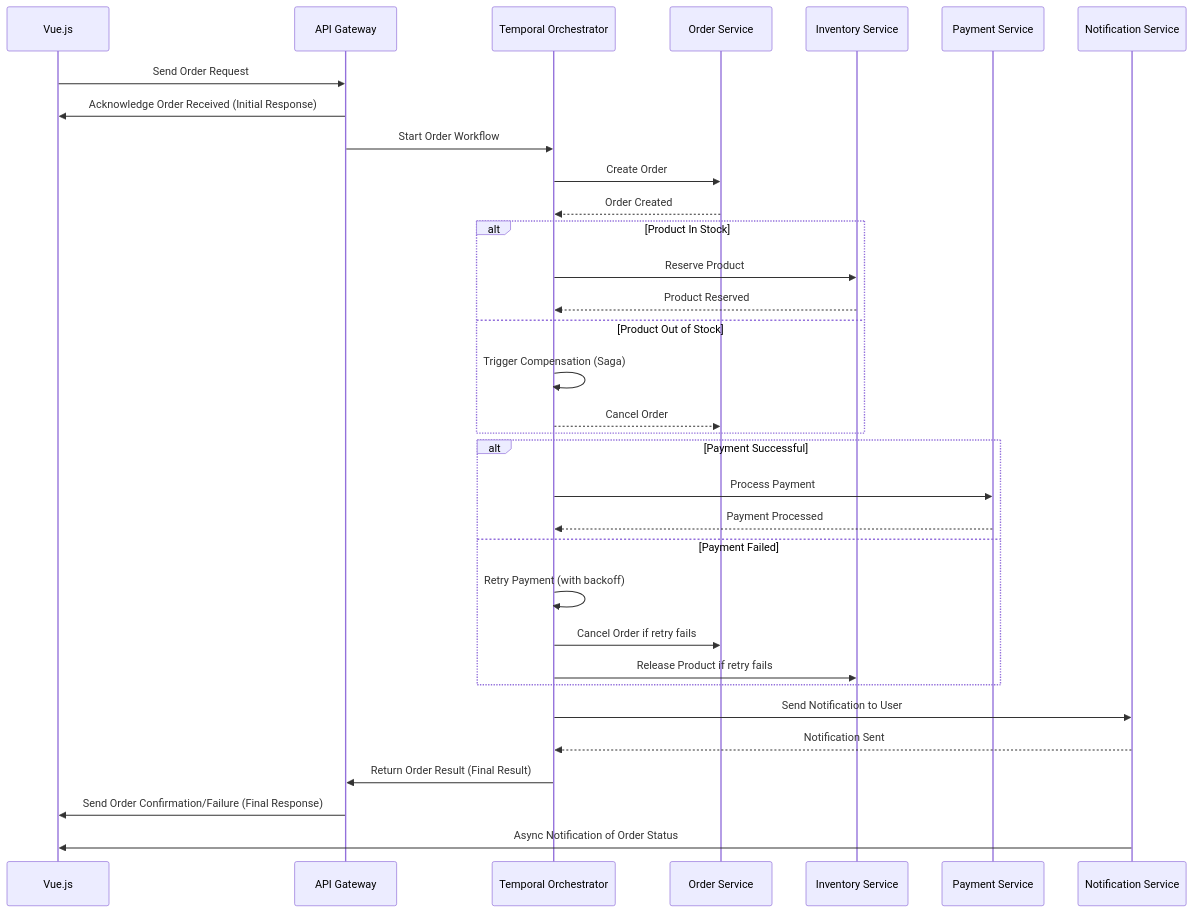
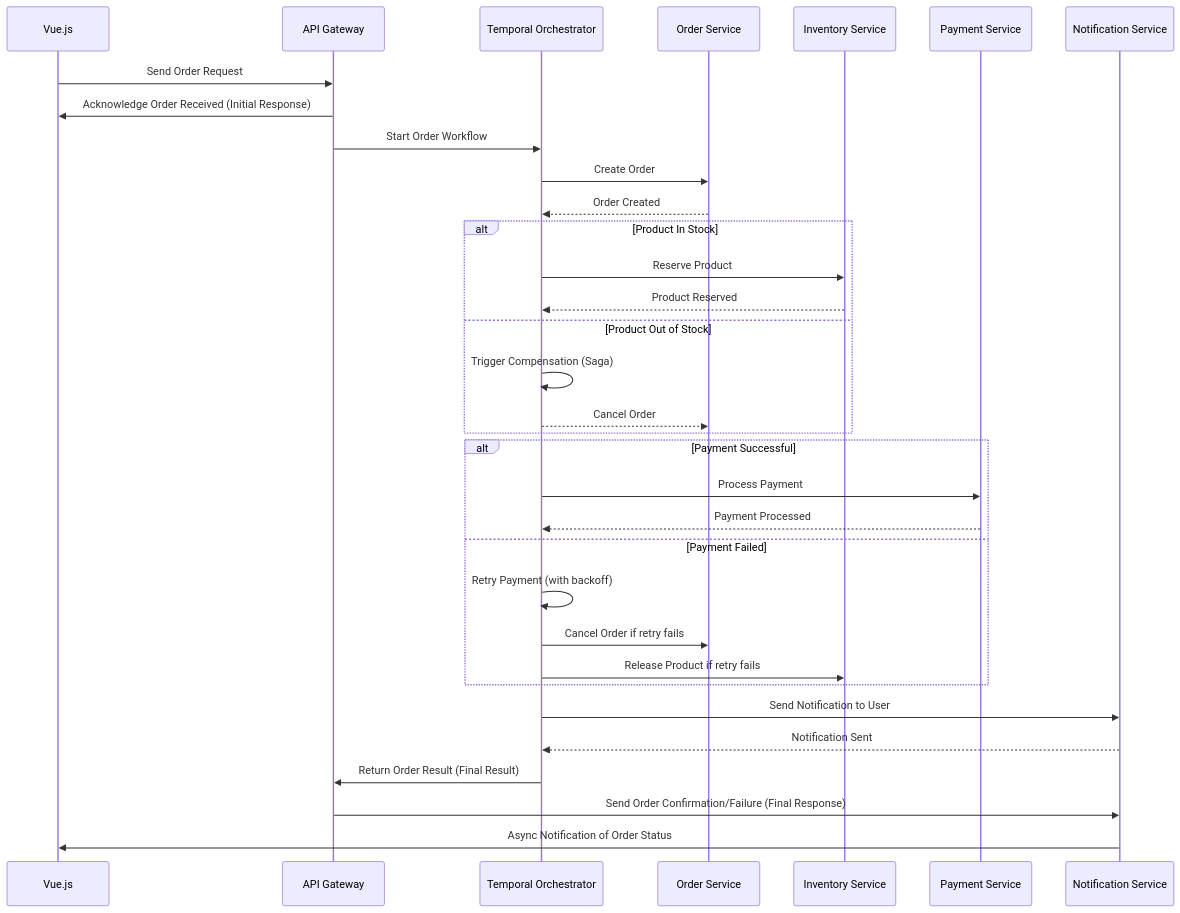
Before and after one commit to 99x-incubator/temporal-microservices: the second of 2 diagrams in architecture.md, drawn with Mermaid.

````diff
--- a/architecture.md
+++ b/architecture.md
@@ -118,42 +118,42 @@
 ```mermaid
 sequenceDiagram
     participant Vue.js
     participant API Gateway
     participant Temporal Orchestrator
     participant Order Service
     participant Inventory Service
     participant Payment Service
     participant Notification Service
 
     Vue.js->>API Gateway: Send Order Request
     API Gateway->>Vue.js: Acknowledge Order Received (Initial Response)
 
     API Gateway->>Temporal Orchestrator: Start Order Workflow
     Temporal Orchestrator->>Order Service: Create Order
     Order Service-->>Temporal Orchestrator: Order Created
 
     alt Product In Stock
         Temporal Orchestrator->>Inventory Service: Reserve Product
         Inventory Service-->>Temporal Orchestrator: Product Reserved
     else Product Out of Stock
         Temporal Orchestrator->>Temporal Orchestrator: Trigger Compensation (Saga)
         Temporal Orchestrator-->>Order Service: Cancel Order
     end
 
     alt Payment Successful
         Temporal Orchestrator->>Payment Service: Process Payment
         Payment Service-->>Temporal Orchestrator: Payment Processed
     else Payment Failed
         Temporal Orchestrator->>Temporal Orchestrator: Retry Payment (with backoff)
         Temporal Orchestrator->>Order Service: Cancel Order if retry fails
         Temporal Orchestrator->>Inventory Service: Release Product if retry fails
     end
 
     Temporal Orchestrator->>Notification Service: Send Notification to User
     Notification Service-->>Temporal Orchestrator: Notification Sent
 
     Temporal Orchestrator->>API Gateway: Return Order Result (Final Result)
-    API Gateway->>Vue.js: Send Order Confirmation/Failure (Final Response)
+    API Gateway->>Notification Service: Send Order Confirmation/Failure (Final Response)
     Notification Service->>Vue.js: Async Notification of Order Status
 
 ```
````
